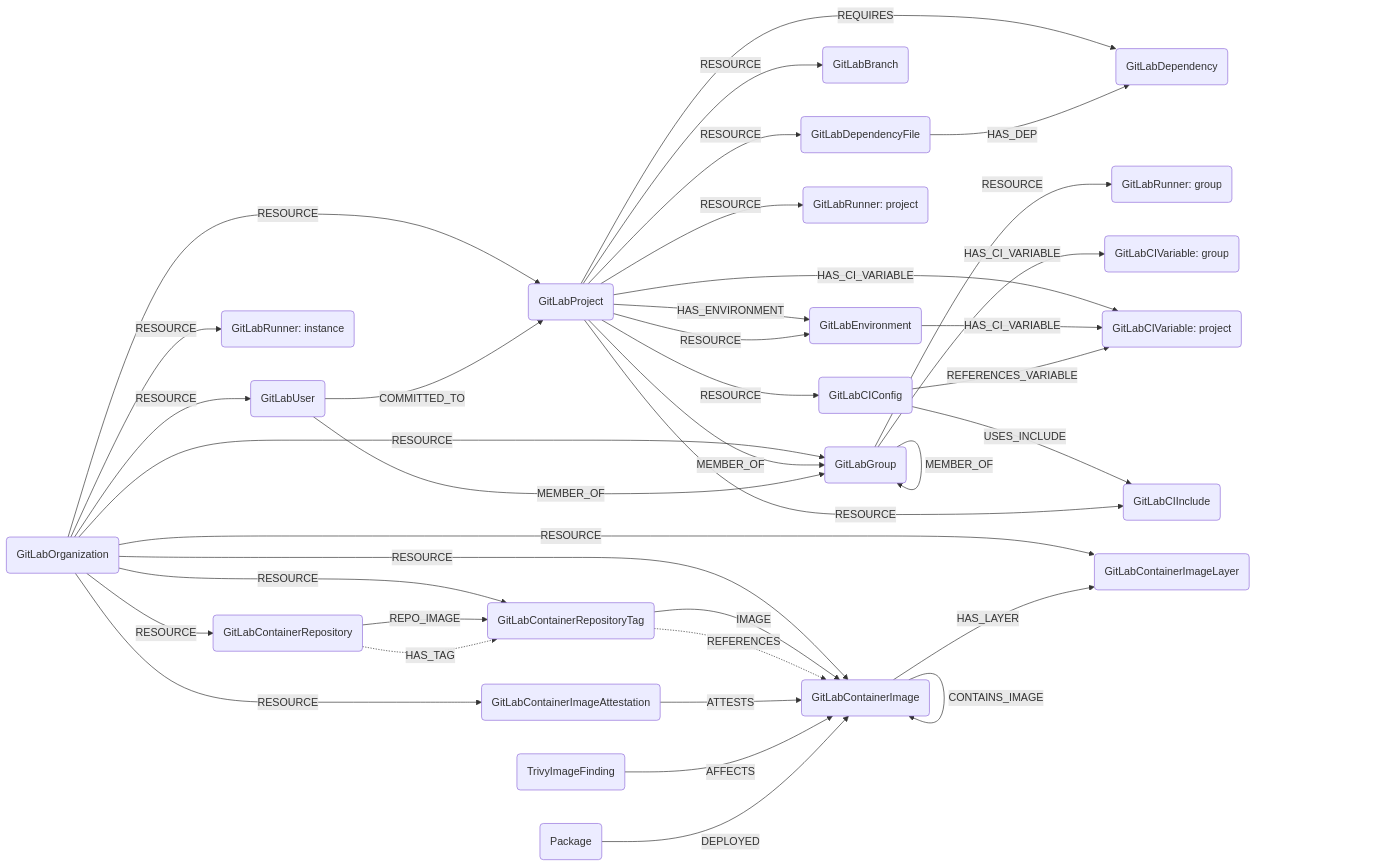
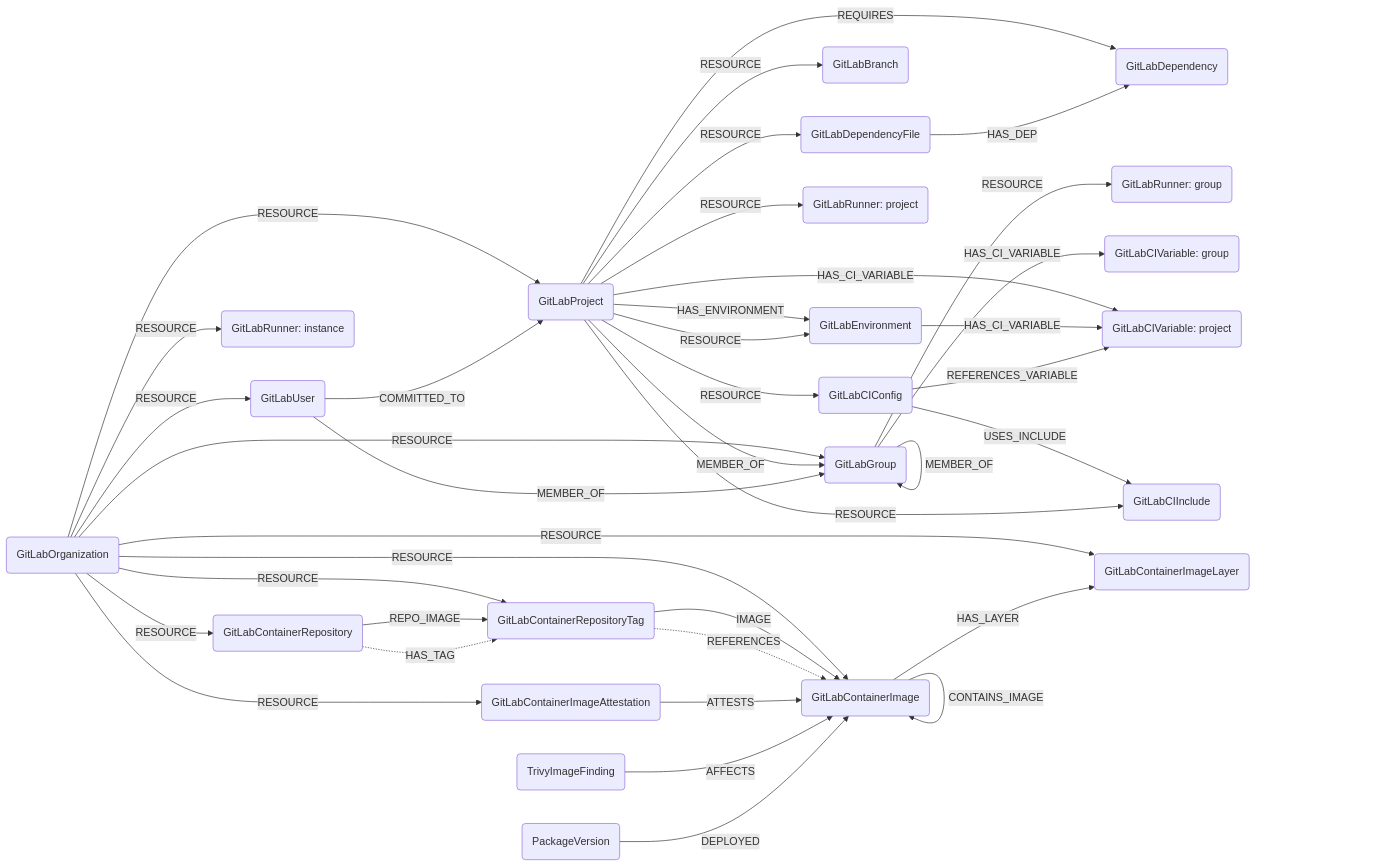
The diagram in docs/root/modules/gitlab/schema.md (sec-js/cartography), drawn with Mermaid before and after one commit. The commit also changed other lines of this file and 28 other files, not shown here.

````diff
--- a/docs/root/modules/gitlab/schema.md
+++ b/docs/root/modules/gitlab/schema.md
@@ -3,53 +3,53 @@
 ```mermaid
 graph LR
 
 O(GitLabOrganization) -- RESOURCE --> G(GitLabGroup)
 O -- RESOURCE --> P(GitLabProject)
 O -- RESOURCE --> U(GitLabUser)
 G -- MEMBER_OF --> G
 P -- MEMBER_OF --> G
 U -- MEMBER_OF --> G
 U -- COMMITTED_TO --> P
 P -- RESOURCE --> B(GitLabBranch)
 P -- RESOURCE --> DF(GitLabDependencyFile)
 P -- REQUIRES --> D(GitLabDependency)
 DF -- HAS_DEP --> D
 
 %% CI/CD Runners
 O -- RESOURCE --> R_I(GitLabRunner: instance)
 G -- RESOURCE --> R_G(GitLabRunner: group)
 P -- RESOURCE --> R_P(GitLabRunner: project)
 
 %% CI/CD Variables
 G -- HAS_CI_VARIABLE --> CV_G(GitLabCIVariable: group)
 P -- HAS_CI_VARIABLE --> CV_P(GitLabCIVariable: project)
 
 %% Environments
 P -- HAS_ENVIRONMENT --> E(GitLabEnvironment)
 P -- RESOURCE --> E
 E -- HAS_CI_VARIABLE --> CV_P
 
 %% CI/CD Config (.gitlab-ci.yml)
 P -- RESOURCE --> CC(GitLabCIConfig)
 CC -- USES_INCLUDE --> CI_INC(GitLabCIInclude)
 P -- RESOURCE --> CI_INC
 CC -- REFERENCES_VARIABLE --> CV_P
 
 %% Container Registry
 O -- RESOURCE --> CR(GitLabContainerRepository)
 O -- RESOURCE --> CI(GitLabContainerImage)
 O -- RESOURCE --> CIL(GitLabContainerImageLayer)
 O -- RESOURCE --> CT(GitLabContainerRepositoryTag)
 O -- RESOURCE --> CA(GitLabContainerImageAttestation)
 CR -- REPO_IMAGE --> CT
 CR -. HAS_TAG .-> CT
 CT -- IMAGE --> CI
 CT -. REFERENCES .-> CI
 CI -- CONTAINS_IMAGE --> CI
 CI -- HAS_LAYER --> CIL
 CA -- ATTESTS --> CI
 
 %% Trivy Vulnerability Scanning
 TIF(TrivyImageFinding) -- AFFECTS --> CI
-PKG(Package) -- DEPLOYED --> CI
+PKG(PackageVersion) -- DEPLOYED --> CI
 ```
````
